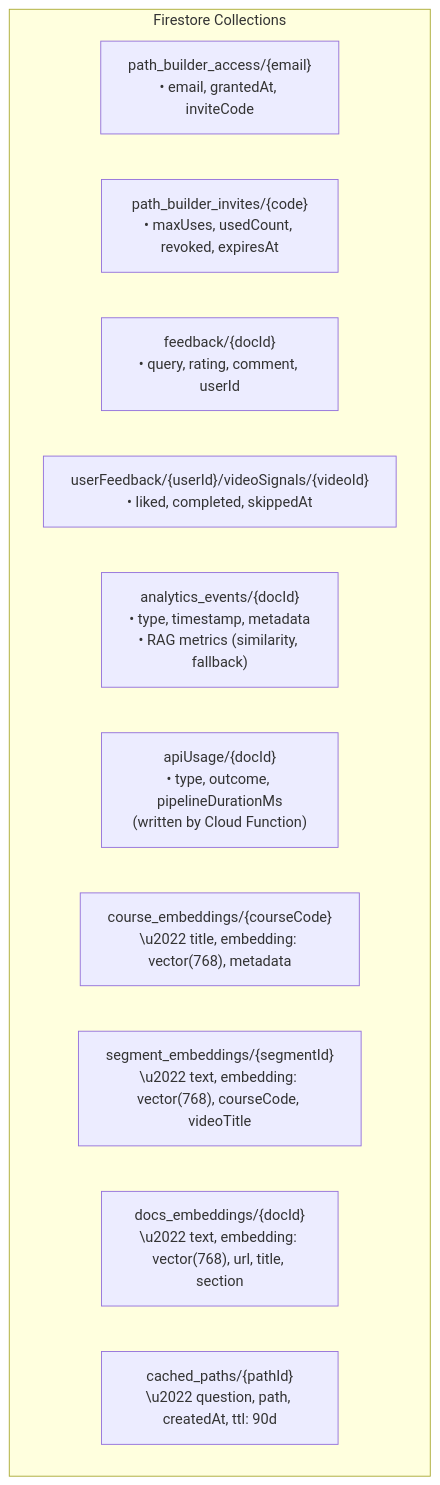
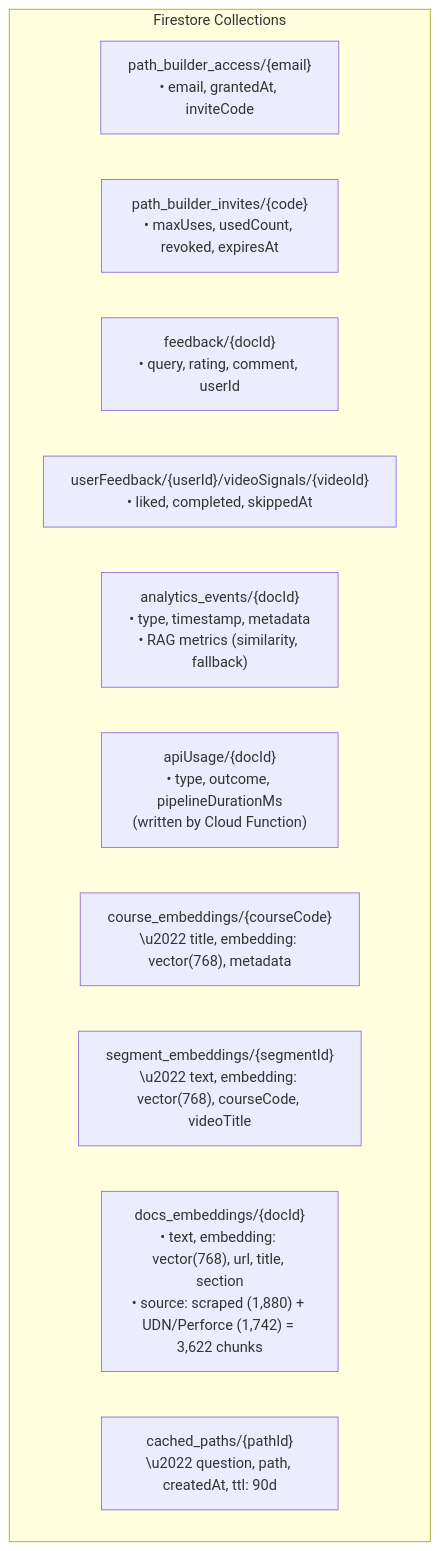
Before and after one commit to SamDeiter/Unreal-Learning-Path-Tagging-System: the fourth of 7 diagrams in ARCHITECTURE.md, drawn with Mermaid. The commit also changed other lines of this file and 2 other files, not shown here.

First line of the commit message:
docs: Update README, ARCHITECTURE, CHANGES for production hardening

````diff
--- a/ARCHITECTURE.md
+++ b/ARCHITECTURE.md
@@ -166,15 +166,15 @@
 ```mermaid
 graph TB
     subgraph "Firestore Collections"
         PBA["path_builder_access/{email}<br/>• email, grantedAt, inviteCode"]
         PBI["path_builder_invites/{code}<br/>• maxUses, usedCount, revoked, expiresAt"]
         FB["feedback/{docId}<br/>• query, rating, comment, userId"]
         UF["userFeedback/{userId}/videoSignals/{videoId}<br/>• liked, completed, skippedAt"]
         AE["analytics_events/{docId}<br/>• type, timestamp, metadata<br/>• RAG metrics (similarity, fallback)"]
         AU["apiUsage/{docId}<br/>• type, outcome, pipelineDurationMs<br/>(written by Cloud Function)"]
         CE["course_embeddings/{courseCode}\n\u2022 title, embedding: vector(768), metadata"]
         SE["segment_embeddings/{segmentId}\n\u2022 text, embedding: vector(768), courseCode, videoTitle"]
-        DE["docs_embeddings/{docId}\n\u2022 text, embedding: vector(768), url, title, section"]
+        DE["docs_embeddings/{docId}\n• text, embedding: vector(768), url, title, section\n• source: scraped (1,880) + UDN/Perforce (1,742) = 3,622 chunks"]
         CP["cached_paths/{pathId}\n\u2022 question, path, createdAt, ttl: 90d"]
     end
 ```
````
